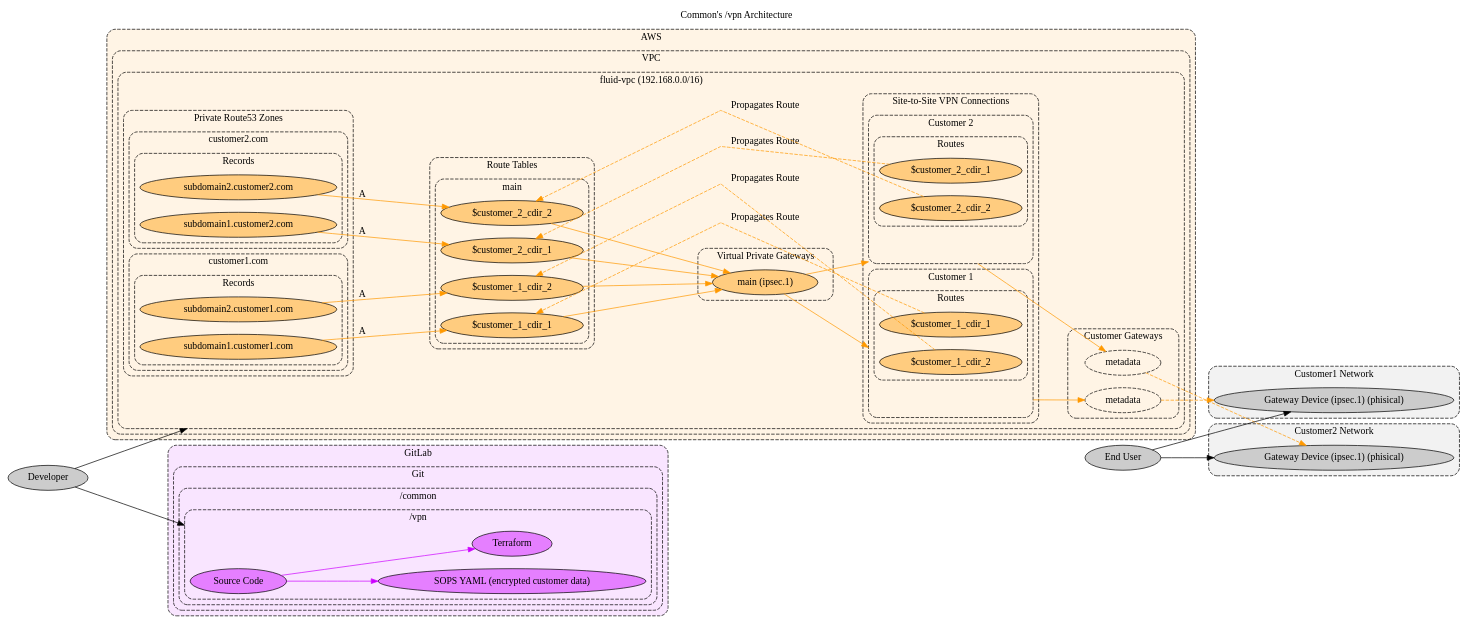
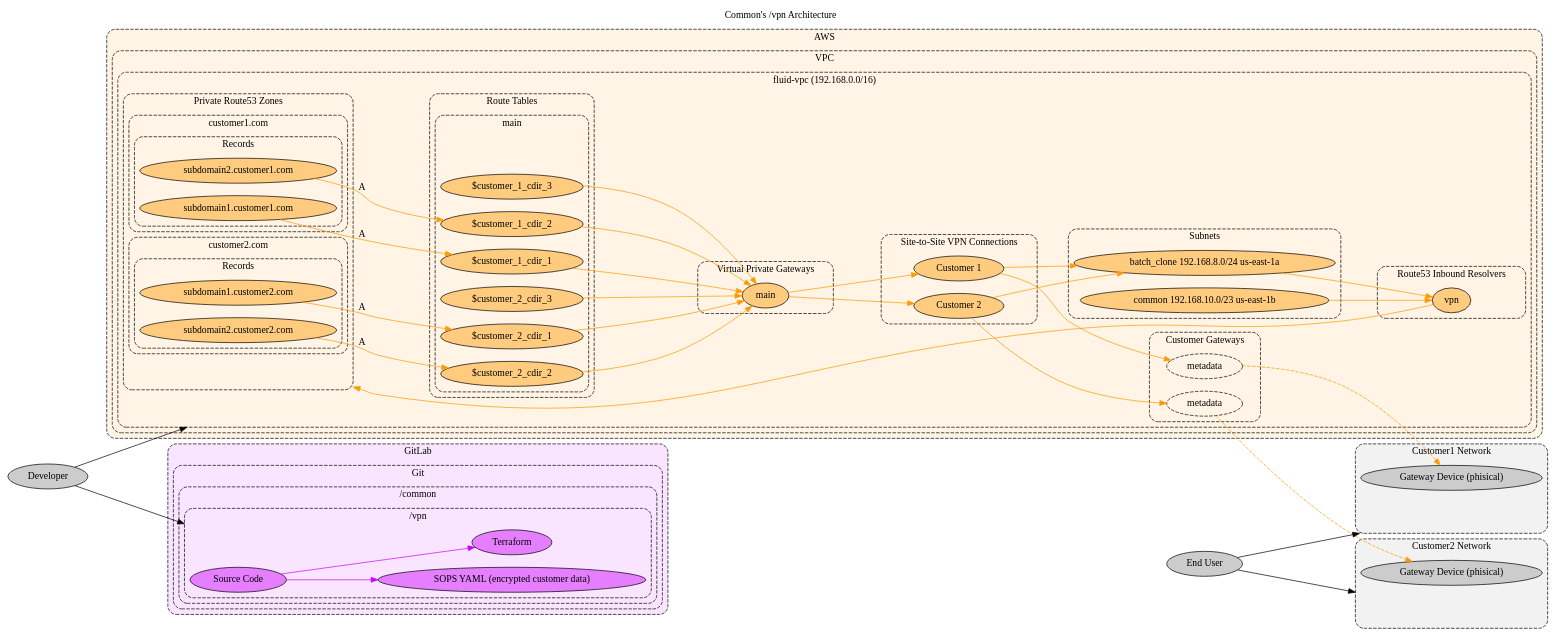
The diagram in docs/src/docs/development/products/common/vpn-arch.dot (jeanbaptistemora/fluidattacks-universe2), drawn with Graphviz before and after one commit.

Commit message:
docs\feat(doc): #7581.44 vpn arch
- Document VPN architecture

```diff
--- a/docs/src/docs/development/products/common/vpn-arch.dot
+++ b/docs/src/docs/development/products/common/vpn-arch.dot
@@ -1,190 +1,191 @@
 // SPDX-FileCopyrightText: 2022 Fluid Attacks <development@fluidattacks.com>
 //
 // SPDX-License-Identifier: MPL-2.0
 
 digraph common {
   label="Common's /vpn Architecture"
   labelloc="t"
   compound="true"
   // concentrate="true"
   rankdir="LR"
   scale="scalexy"
-  splines="line"
 
   node[style="filled"]
   graph[style="dashed,rounded"]
 
   subgraph cluster_aws {
     label="AWS"
     bgcolor="0.1 0.1 1.0"
     node[fillcolor="0.1 0.5 1.0"]
 
     subgraph cluster_aws_vpc {
       label="VPC"
 
       subgraph cluster_aws_vpc_fluid_vpc {
         label="fluid-vpc (192.168.0.0/16)"
 
         cluster_aws_vpc_fluid_vpc[label="" style="invis"]
 
+        subgraph cluster_aws_route53_inbound_resolver {
+          label="Route53 Inbound Resolvers"
+
+          aws_route53_inbound_resolver_vpn[label="vpn"]
+        }
+
         subgraph cluster_aws_route53_zones {
           label="Private Route53 Zones"
+
+          cluster_aws_route53_zones[label="" style="invis"]
 
           subgraph cluster_aws_route53_zones_customer_1 {
             label="customer1.com"
 
             subgraph cluster_aws_route53_zones_customer_1_records {
               label="Records"
 
               aws_route53_zones_customer_1_records_A_1[label="subdomain1.customer1.com"]
               aws_route53_zones_customer_1_records_A_2[label="subdomain2.customer1.com"]
             }
           }
 
           subgraph cluster_aws_route53_zones_customer_2 {
             label="customer2.com"
 
             subgraph cluster_aws_route53_zones_customer_2_records {
               label="Records"
 
               aws_route53_zones_customer_2_records_A_1[label="subdomain1.customer2.com"]
               aws_route53_zones_customer_2_records_A_2[label="subdomain2.customer2.com"]
             }
           }
         }
 
         subgraph cluster_aws_vpc_fluid_vpc_cg {
           label="Customer Gateways"
 
           aws_vpc_fluid_vpc_cg1_main[label="metadata" style="dashed"]
           aws_vpc_fluid_vpc_cg2_main[label="metadata" style="dashed"]
         }
 
         subgraph cluster_aws_vpc_fluid_vpc_route_tables {
           label="Route Tables"
 
           subgraph cluster_aws_vpc_fluid_vpc_route_tables_main {
             label="main"
 
+            cluster_aws_vpc_fluid_vpc_route_tables_main[label="" style="invis"]
+
             aws_vpc_fluid_vpc_route_tables_main_customer_1_cidr_1[label="$customer_1_cdir_1"]
             aws_vpc_fluid_vpc_route_tables_main_customer_1_cidr_2[label="$customer_1_cdir_2"]
+            aws_vpc_fluid_vpc_route_tables_main_customer_1_cidr_3[label="$customer_1_cdir_3"]
             aws_vpc_fluid_vpc_route_tables_main_customer_2_cidr_1[label="$customer_2_cdir_1"]
             aws_vpc_fluid_vpc_route_tables_main_customer_2_cidr_2[label="$customer_2_cdir_2"]
+            aws_vpc_fluid_vpc_route_tables_main_customer_2_cidr_3[label="$customer_2_cdir_3"]
           }
         }
 
         subgraph cluster_aws_vpc_fluid_vpc_vpnc {
           label="Site-to-Site VPN Connections"
 
-          subgraph cluster_aws_vpc_fluid_vpc_vpnc1 {
-            label="Customer 1"
+          aws_vpc_fluid_vpc_vpnc1[label="Customer 1"]
+          aws_vpc_fluid_vpc_vpnc2[label="Customer 2"]
+        }
 
-            cluster_aws_vpc_fluid_vpc_vpnc1[label="" style="invis"]
+        subgraph cluster_aws_vpc_fluid_vpc_subnets {
+          label="Subnets"
 
-            subgraph cluster_aws_vpc_fluid_vpc_vpnc1_routes {
-              label="Routes"
-
-              aws_vpc_fluid_vpc_vpnc1_routes_1[label="$customer_1_cdir_1"]
-              aws_vpc_fluid_vpc_vpnc1_routes_2[label="$customer_1_cdir_2"]
-            }
-          }
-
-          subgraph cluster_aws_vpc_fluid_vpc_vpnc2 {
-            label="Customer 2"
-
-            cluster_aws_vpc_fluid_vpc_vpnc2[label="" style="invis"]
-
-            subgraph cluster_aws_vpc_fluid_vpc_vpnc2_routes {
-              label="Routes"
-
-              aws_vpc_fluid_vpc_vpnc2_routes_1[label="$customer_2_cdir_1"]
-              aws_vpc_fluid_vpc_vpnc2_routes_2[label="$customer_2_cdir_2"]
-            }
-          }
+          aws_vpc_fluid_vpc_subnets_batch_clone[label="batch_clone 192.168.8.0/24 us-east-1a"]
+          aws_vpc_fluid_vpc_subnets_common[label="common 192.168.10.0/23 us-east-1b"]
         }
 
         subgraph cluster_aws_vpc_fluid_vpc_vpg {
           label="Virtual Private Gateways"
 
-          aws_vpc_fluid_vpc_vpg_main[label="main (ipsec.1)"]
+          aws_vpc_fluid_vpc_vpg_main[label="main"]
         }
       }
     }
   }
 
   subgraph cluster_customer1_network {
     label="Customer1 Network"
     bgcolor="0.0 0.0 0.95"
     node[fillcolor="0.0 0.0 0.8"]
 
-    customer1_network_gateway[label="Gateway Device (ipsec.1) (phisical)"]
+    cluster_customer1_network[label="" style="invis"]
+    customer1_network_gateway[label="Gateway Device (phisical)"]
   }
 
   subgraph cluster_customer2_network {
     label="Customer2 Network"
     bgcolor="0.0 0.0 0.95"
     node[fillcolor="0.0 0.0 0.8"]
 
-    customer2_network_gateway[label="Gateway Device (ipsec.1) (phisical)"]
+    cluster_customer2_network[label="" style="invis"]
+    customer2_network_gateway[label="Gateway Device (phisical)"]
   }
 
   subgraph cluster_gitlab {
     label="GitLab"
     bgcolor="0.8 0.1 1.0"
     node[fillcolor="0.8 0.5 1.0"]
 
     subgraph cluster_gitlab_git {
       label="Git"
 
       subgraph cluster_gitlab_git_common {
         label="/common"
 
         subgraph cluster_gitlab_git_common_vpn {
           label="/vpn"
 
           cluster_gitlab_git_common_vpn[label="" style="invis"]
           gitlab_git_common_vpn[label="Source Code"]
           gitlab_git_common_vpn_sops[label="SOPS YAML (encrypted customer data)"]
           gitlab_git_common_vpn_terraform[label="Terraform"]
         }
       }
     }
   }
 
   edge[color="0.1 1.0 1.0"]
+  aws_vpc_fluid_vpc_subnets_batch_clone -> aws_route53_inbound_resolver_vpn[]
+  aws_vpc_fluid_vpc_subnets_common -> aws_route53_inbound_resolver_vpn[]
+  aws_route53_inbound_resolver_vpn -> cluster_aws_route53_zones[lhead="cluster_aws_route53_zones"]
   aws_route53_zones_customer_1_records_A_1 -> aws_vpc_fluid_vpc_route_tables_main_customer_1_cidr_1[label="A"]
   aws_route53_zones_customer_1_records_A_2 -> aws_vpc_fluid_vpc_route_tables_main_customer_1_cidr_2[label="A"]
   aws_route53_zones_customer_2_records_A_1 -> aws_vpc_fluid_vpc_route_tables_main_customer_2_cidr_1[label="A"]
   aws_route53_zones_customer_2_records_A_2 -> aws_vpc_fluid_vpc_route_tables_main_customer_2_cidr_2[label="A"]
   aws_vpc_fluid_vpc_cg1_main -> customer1_network_gateway[style="dashed"]
   aws_vpc_fluid_vpc_cg2_main -> customer2_network_gateway[style="dashed"]
-  aws_vpc_fluid_vpc_vpg_main -> cluster_aws_vpc_fluid_vpc_vpnc1[lhead="cluster_aws_vpc_fluid_vpc_vpnc1"]
-  aws_vpc_fluid_vpc_vpg_main -> cluster_aws_vpc_fluid_vpc_vpnc2[lhead="cluster_aws_vpc_fluid_vpc_vpnc2"]
+  aws_vpc_fluid_vpc_vpg_main -> aws_vpc_fluid_vpc_vpnc1[]
+  aws_vpc_fluid_vpc_vpg_main -> aws_vpc_fluid_vpc_vpnc2[]
   aws_vpc_fluid_vpc_route_tables_main_customer_1_cidr_1 -> aws_vpc_fluid_vpc_vpg_main[]
   aws_vpc_fluid_vpc_route_tables_main_customer_1_cidr_2 -> aws_vpc_fluid_vpc_vpg_main[]
+  aws_vpc_fluid_vpc_route_tables_main_customer_1_cidr_3 -> aws_vpc_fluid_vpc_vpg_main[]
   aws_vpc_fluid_vpc_route_tables_main_customer_2_cidr_1 -> aws_vpc_fluid_vpc_vpg_main[]
   aws_vpc_fluid_vpc_route_tables_main_customer_2_cidr_2 -> aws_vpc_fluid_vpc_vpg_main[]
-  aws_vpc_fluid_vpc_vpnc1_routes_1 -> aws_vpc_fluid_vpc_route_tables_main_customer_1_cidr_1[label="Propagates Route" style="dashed" constraint="false"]
-  aws_vpc_fluid_vpc_vpnc1_routes_2 -> aws_vpc_fluid_vpc_route_tables_main_customer_1_cidr_2[label="Propagates Route" style="dashed" constraint="false"]
-  aws_vpc_fluid_vpc_vpnc2_routes_1 -> aws_vpc_fluid_vpc_route_tables_main_customer_2_cidr_1[label="Propagates Route" style="dashed" constraint="false"]
-  aws_vpc_fluid_vpc_vpnc2_routes_2 -> aws_vpc_fluid_vpc_route_tables_main_customer_2_cidr_2[label="Propagates Route" style="dashed" constraint="false"]
-  cluster_aws_vpc_fluid_vpc_vpnc1 -> aws_vpc_fluid_vpc_cg1_main[ltail="cluster_aws_vpc_fluid_vpc_vpnc1"]
-  cluster_aws_vpc_fluid_vpc_vpnc2 -> aws_vpc_fluid_vpc_cg2_main[ltail="cluster_aws_vpc_fluid_vpc_vpnc2"]
-
+  aws_vpc_fluid_vpc_route_tables_main_customer_2_cidr_3 -> aws_vpc_fluid_vpc_vpg_main[]
+  // aws_vpc_fluid_vpc_vpnc1 -> cluster_aws_vpc_fluid_vpc_route_tables_main[label="Propagates Route" style="dashed" constraint="false" lhead="cluster_aws_vpc_fluid_vpc_route_tables_main"]
+  // aws_vpc_fluid_vpc_vpnc2 -> cluster_aws_vpc_fluid_vpc_route_tables_main[label="Propagates Route" style="dashed" constraint="false" lhead="cluster_aws_vpc_fluid_vpc_route_tables_main"]
+  aws_vpc_fluid_vpc_vpnc1 -> aws_vpc_fluid_vpc_subnets_batch_clone[]
+  aws_vpc_fluid_vpc_vpnc2 -> aws_vpc_fluid_vpc_subnets_batch_clone[]
+  aws_vpc_fluid_vpc_vpnc1 -> aws_vpc_fluid_vpc_cg1_main[]
+  aws_vpc_fluid_vpc_vpnc2 -> aws_vpc_fluid_vpc_cg2_main[]
 
   edge[color="0.6 1.0 1.0"]
 
   edge[color="0.8 1.0 1.0"]
   gitlab_git_common_vpn -> gitlab_git_common_vpn_sops[]
   gitlab_git_common_vpn -> gitlab_git_common_vpn_terraform[]
 
   node[fillcolor="0.0 0.0 0.8"]
   developer[label="Developer"]
   end_user[label="End User"]
 
   edge[color="0.0 0.0 0.0"]
-  end_user -> customer1_network_gateway
-  end_user -> customer2_network_gateway
+  end_user -> cluster_customer1_network[lhead="cluster_customer1_network"]
+  end_user -> cluster_customer2_network[lhead="cluster_customer2_network"]
   developer -> cluster_aws_vpc_fluid_vpc[lhead="cluster_aws_vpc_fluid_vpc"]
   developer -> cluster_gitlab_git_common_vpn[lhead="cluster_gitlab_git_common_vpn"]
 }
```
